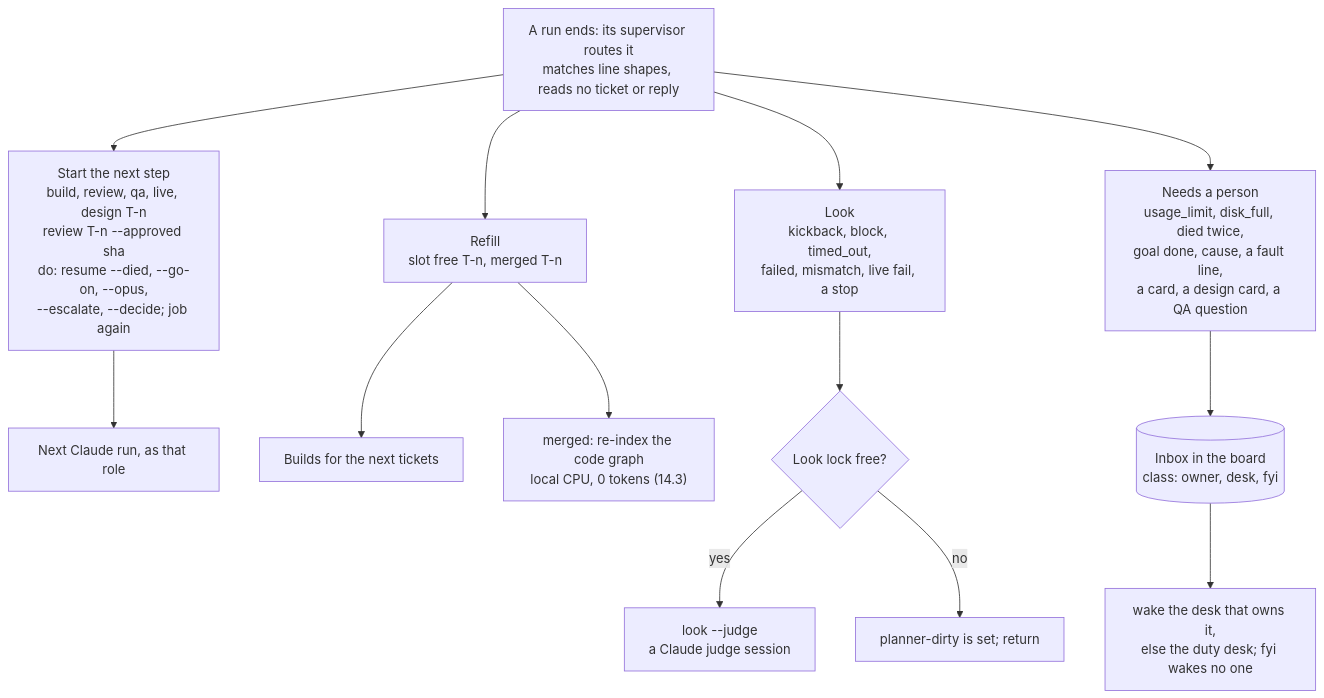
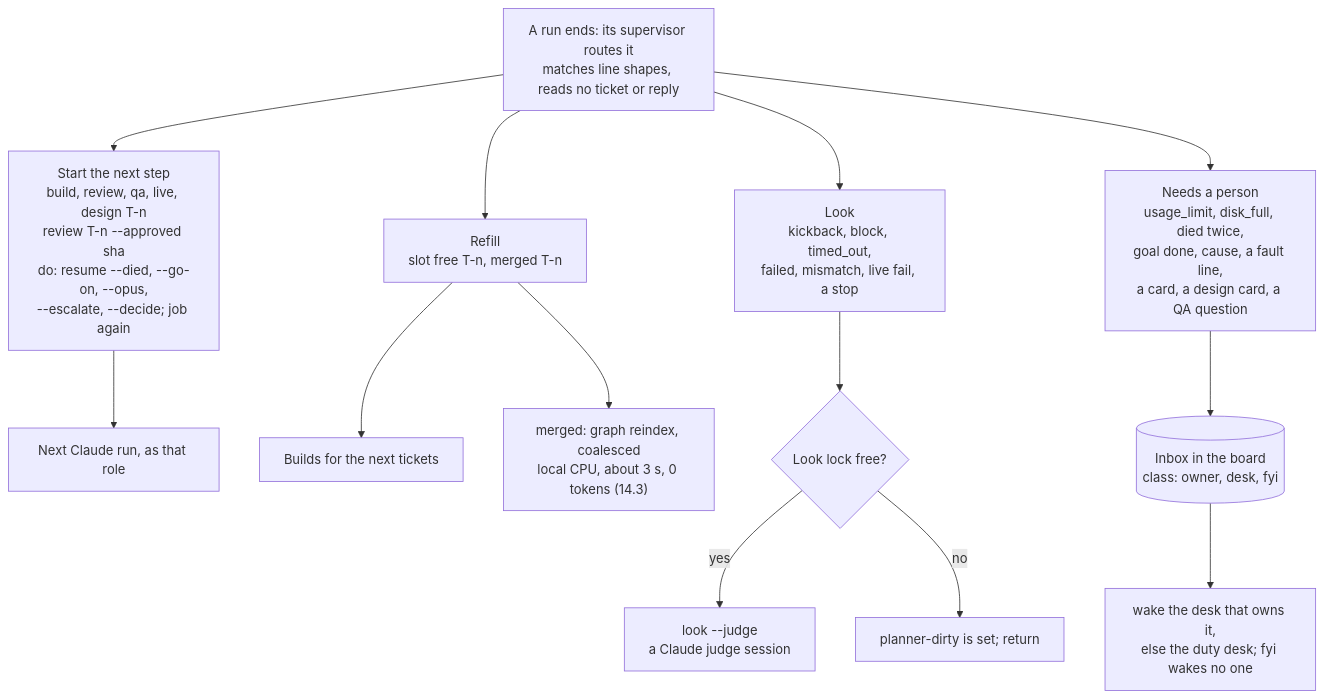
Before and after one commit to ProlesDei/maestro: the second of 7 diagrams in docs/design/t3-runtime.md, drawn with Mermaid. The commit also changed other lines of this file, not shown here.

First line of the commit message:
docs: t3-runtime v9, code queries the graph, runs read a pack (14.3)

````diff
--- a/docs/design/t3-runtime.md
+++ b/docs/design/t3-runtime.md
@@ -105,16 +106,16 @@
 ```mermaid
 flowchart TD
   END["A run ends: its supervisor routes it<br/>matches line shapes, reads no ticket or reply"]
   END --> A["Start the next step<br/>build, review, qa, live, design T-n<br/>review T-n --approved sha<br/>do: resume --died, --go-on, --opus,<br/>--escalate, --decide; job again"]
   END --> B["Refill<br/>slot free T-n, merged T-n"]
   END --> C["Look<br/>kickback, block, timed_out,<br/>failed, mismatch, live fail, a stop"]
   END --> D["Needs a person<br/>usage_limit, disk_full, died twice,<br/>goal done, cause, a fault line,<br/>a card, a design card, a QA question"]
   A --> RUN["Next Claude run, as that role"]
   B --> FILL["Builds for the next tickets"]
-  B --> IDX["merged: re-index the code graph<br/>local CPU, 0 tokens (14.3)"]
+  B --> IDX["merged: graph reindex, coalesced<br/>local CPU, about 3 s, 0 tokens (14.3)"]
   C --> LOCK{"Look lock free?"}
   LOCK -- yes --> JUDGE["look --judge<br/>a Claude judge session"]
   LOCK -- no --> DIRTY["planner-dirty is set; return"]
   D --> INBOX[("Inbox in the board<br/>class: owner, desk, fyi")]
   INBOX --> WAKE["wake the desk that owns it,<br/>else the duty desk; fyi wakes no one"]
 ```
````
